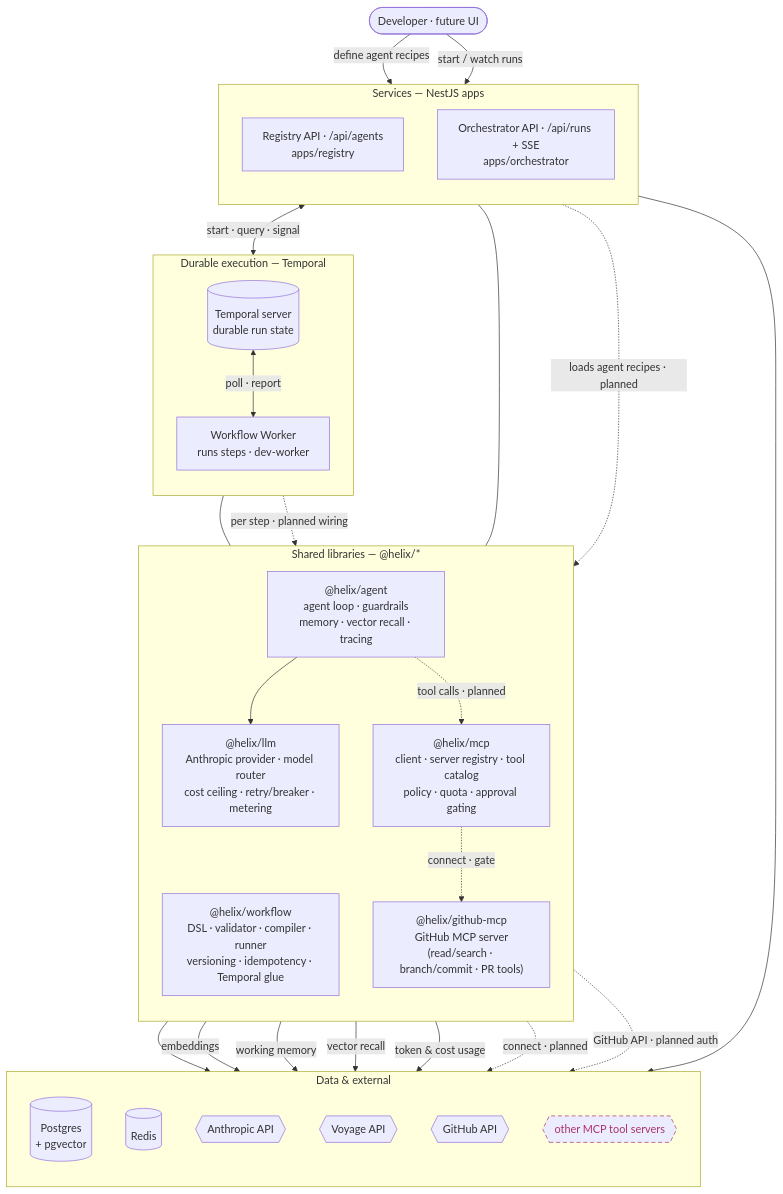
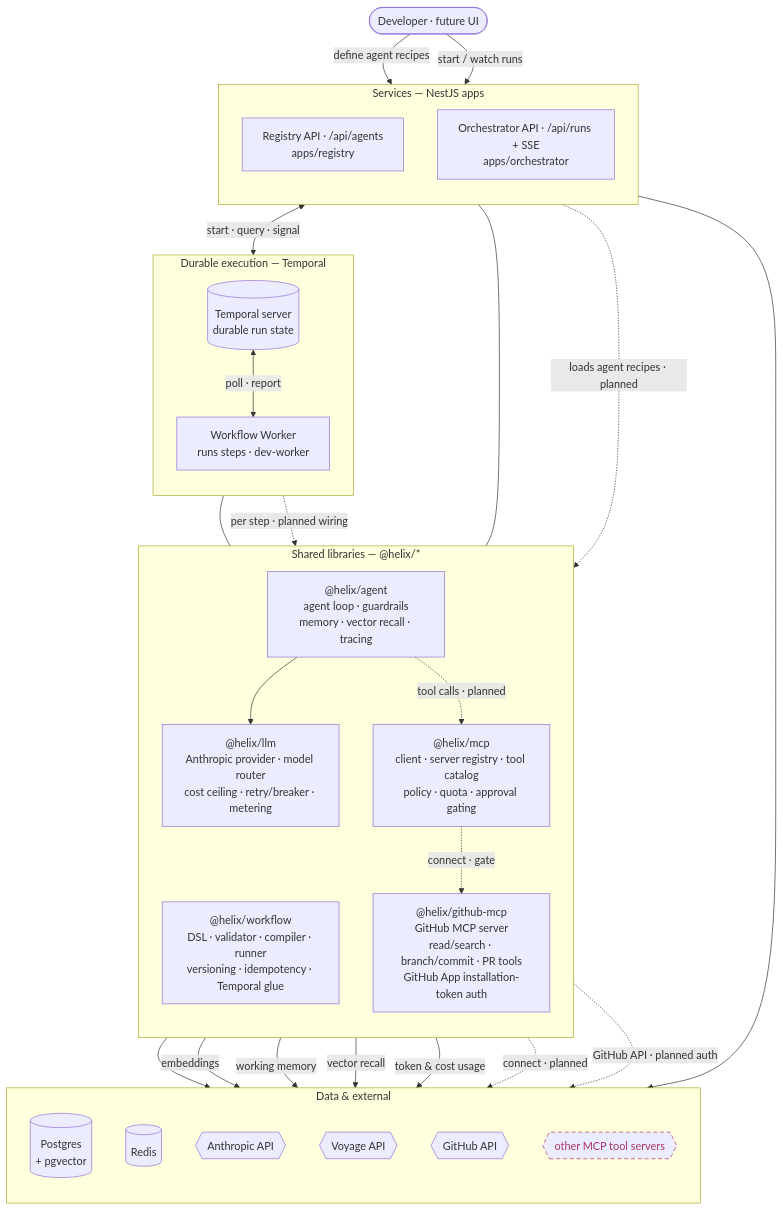
One commit to shhashhank/helix changed the first of 2 diagrams in docs/ARCHITECTURE.md. Above: the diagram before and after it, drawn with Mermaid. The commit also changed 4 other files, not shown here.

First line of the commit message:
HELIX-89: GitHub App auth — short-lived installation tokens (#50)

````diff
--- a/docs/ARCHITECTURE.md
+++ b/docs/ARCHITECTURE.md
@@ -16,58 +16,58 @@
 ```mermaid
 flowchart TB
   user([Developer · future UI])
 
   subgraph svc["Services — NestJS apps"]
     direction TB
     reg["Registry API · /api/agents<br/>apps/registry"]
     orc["Orchestrator API · /api/runs + SSE<br/>apps/orchestrator"]
   end
 
   subgraph dur["Durable execution — Temporal"]
     direction TB
     tmp[("Temporal server<br/>durable run state")]
     wkr["Workflow Worker<br/>runs steps · dev-worker"]
   end
 
   subgraph lib["Shared libraries — @helix/*"]
     direction TB
     wf["@helix/workflow<br/>DSL · validator · compiler · runner<br/>versioning · idempotency · Temporal glue"]
     ag["@helix/agent<br/>agent loop · guardrails<br/>memory · vector recall · tracing"]
     lm["@helix/llm<br/>Anthropic provider · model router<br/>cost ceiling · retry/breaker · metering"]
     mc["@helix/mcp<br/>client · server registry · tool catalog<br/>policy · quota · approval gating"]
-    gh["@helix/github-mcp<br/>GitHub MCP server<br/>(read/search · branch/commit · PR tools)"]
+    gh["@helix/github-mcp<br/>GitHub MCP server<br/>read/search · branch/commit · PR tools<br/>GitHub App installation-token auth"]
   end
 
   subgraph dat["Data & external"]
     direction TB
     pg[("Postgres<br/>+ pgvector")]
     rd[("Redis")]
     an{{Anthropic API}}
     vo{{Voyage API}}
     gha{{GitHub API}}
     ext{{other MCP tool servers}}
   end
 
   user -->|define agent recipes| reg
   user -->|start / watch runs| orc
   reg --> pg
   orc <-->|start · query · signal| tmp
   tmp <-->|poll · report| wkr
   wkr --- wf
   orc --- wf
   wkr -.->|per step · planned wiring| ag
   reg -.->|loads agent recipes · planned| ag
   ag --> lm
   ag -.->|tool calls · planned| mc
   lm --> an
   ag -->|embeddings| vo
   ag -->|working memory| rd
   ag -->|vector recall| pg
   lm -->|token & cost usage| pg
   mc -.->|connect · gate| gh
   mc -.->|connect · planned| ext
   gh -.->|GitHub API · planned auth| gha
 
   classDef planned stroke-dasharray:6 4,stroke:#a36,color:#a36;
   class ext planned;
 ```
````
